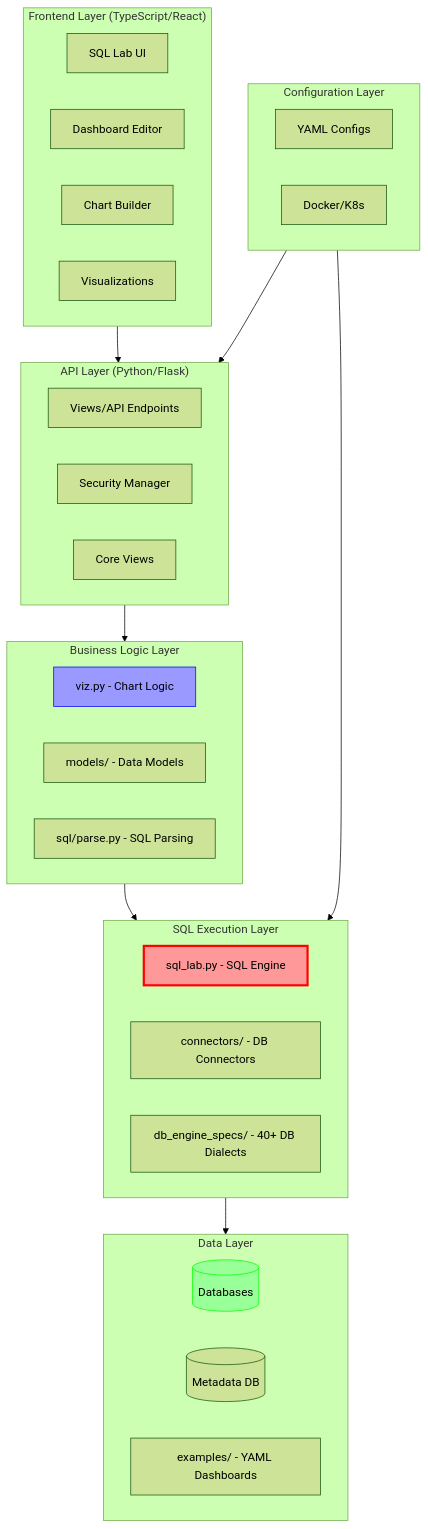
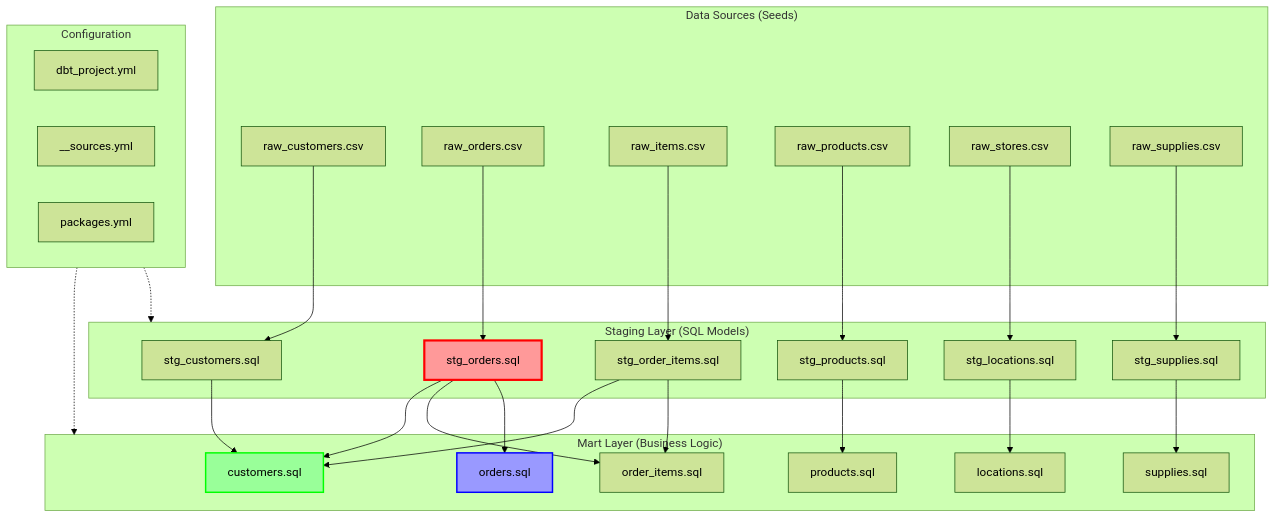
Before and after one commit to TsegayIS122123/brownfield-cartographer: the second of 2 diagrams in README.md, drawn with Mermaid (forest theme). The commit also changed other lines of this file and 17 other files, not shown here.

````diff
--- a/README.md
+++ b/README.md
@@ -174,51 +175,62 @@
 ```mermaid
-graph TB
-    subgraph Frontend["Frontend Layer (TypeScript/React)"]
-        UI[SQL Lab UI]
-        Dashboard[Dashboard Editor]
-        Chart[Chart Builder]
-        Viz[Visualizations]
+graph TD
+    subgraph Sources["Data Sources (Seeds)"]
+        C[raw_customers.csv]
+        O[raw_orders.csv]
+        I[raw_items.csv]
+        P[raw_products.csv]
+        S[raw_stores.csv]
+        U[raw_supplies.csv]
     end
 
-    subgraph API["API Layer (Python/Flask)"]
-        Views[Views/API Endpoints]
-        Security[Security Manager]
-        Core[Core Views]
+    subgraph Staging["Staging Layer (SQL Models)"]
+        stg_c[stg_customers.sql]
+        stg_o[stg_orders.sql]
+        stg_i[stg_order_items.sql]
+        stg_p[stg_products.sql]
+        stg_l[stg_locations.sql]
+        stg_u[stg_supplies.sql]
     end
 
-    subgraph Logic["Business Logic Layer"]
-        VizLogic[viz.py - Chart Logic]
-        Models[models/ - Data Models]
-        SQLParse[sql/parse.py - SQL Parsing]
+    subgraph Marts["Mart Layer (Business Logic)"]
+        customers[customers.sql]
+        orders[orders.sql]
+        order_items[order_items.sql]
+        products[products.sql]
+        locations[locations.sql]
+        supplies[supplies.sql]
     end
 
-    subgraph Execution["SQL Execution Layer"]
-        SQLLab[sql_lab.py - SQL Engine]
-        Connectors[connectors/ - DB Connectors]
-        DBSpecs[db_engine_specs/ - 40+ DB Dialects]
+    subgraph Config["Configuration"]
+        dbt_yml[dbt_project.yml]
+        sources_yml[__sources.yml]
+        packages[packages.yml]
     end
 
-    subgraph Data["Data Layer"]
-        Database[(Databases)]
-        Metadata[(Metadata DB)]
-        Examples[examples/ - YAML Dashboards]
-    end
+    %% Data Flow
+    C --> stg_c
+    O --> stg_o
+    I --> stg_i
+    P --> stg_p
+    S --> stg_l
+    U --> stg_u
 
-    subgraph Config["Configuration Layer"]
-        YAML[YAML Configs]
-        Docker[Docker/K8s]
-    end
+    stg_c --> customers
+    stg_o --> orders
+    stg_i --> order_items
+    stg_p --> products
+    stg_l --> locations
+    stg_u --> supplies
 
-    %% Connections
-    Frontend --> API
-    API --> Logic
-    Logic --> Execution
-    Execution --> Data
-    Config --> API
-    Config --> Execution
+    stg_o --> order_items
+    stg_o --> customers
+    stg_i --> customers
+
+    Config -.-> Staging
+    Config -.-> Marts
 
     %% Critical Path Highlight
-    style SQLLab fill:#ff9999,stroke:#ff0000,stroke-width:3px
-    style Database fill:#99ff99,stroke:#00ff00
-    style VizLogic fill:#9999ff,stroke:#0000ff
+    style stg_o fill:#ff9999,stroke:#ff0000,stroke-width:3px
+    style customers fill:#99ff99,stroke:#00ff00,stroke-width:2px
+    style orders fill:#9999ff,stroke:#0000ff,stroke-width:2px
 ```
````
